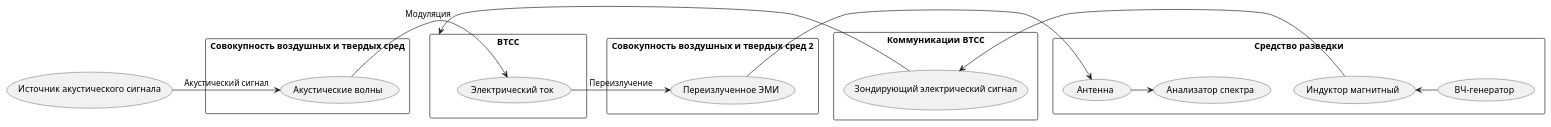
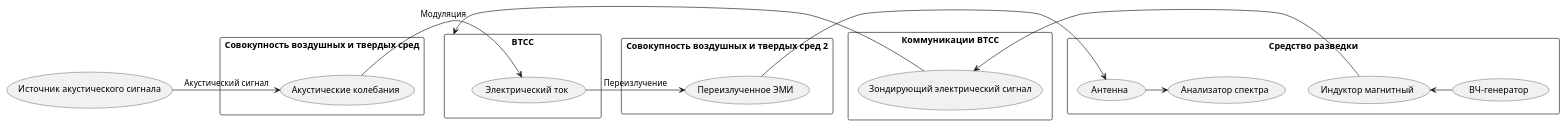
One commit to almkuznetsov/bmstu-kb changed the diagram in Заметки/ВЧП.md. Above: the diagram before and after it, drawn with PlantUML. The commit also changed 2 other files, not shown here.

Commit message:
#12 редактированы схемы каналов по названиям блоков

````diff
--- a/Заметки/ВЧП.md
+++ b/Заметки/ВЧП.md
@@ -1,30 +1,30 @@
 ```plantuml
-usecase "Источник акустического сигнала" as IAS
+usecase "Источник акустического сигнала" as Istochnik
 rectangle "Совокупность воздушных и твердых сред" {
-usecase "Акустические волны" as Volny
+usecase "Акустические колебания" as AkustKoleb
 }
-IAS -right-> (Volny) : Акустический сигнал
+Istochnik -right-> (AkustKoleb) : Акустический сигнал
 
-rectangle "ВТСС" as VTSS {
+rectangle "ВТСС" as BTCC {
 usecase "Электрический ток" as Tok
 }
-Volny -right-> Tok : Модуляция
+AkustKoleb -right-> Tok : Модуляция
 rectangle "Совокупность воздушных и твердых сред 2" {
-usecase "Переизлученное ЭМИ" as EMI
+usecase "Переизлученное ЭМИ" as Emi
 }
-Tok -right-> EMI : Переизлучение
+Tok -right-> Emi : Переизлучение
 rectangle "Коммуникации ВТСС" {
-usecase "Зондирующий электрический сигнал" as zondsignal
+usecase "Зондирующий электрический сигнал" as ZondSignal
 }
-zondsignal -left-> VTSS
+ZondSignal -left-> BTCC
 rectangle "Средство разведки" {
-usecase "Анализатор спектра" as Analizator
+usecase "Анализатор спектра" as AS
 usecase "Антенна" as Antenna
 usecase "ВЧ-генератор" as Generator
 usecase "Индуктор магнитный" as Inductor
 Generator -left-> Inductor
-Antenna -right-> Analizator
-EMI -right-> Antenna
-Inductor -left-> zondsignal
+Antenna -right-> AS
+Emi -right-> Antenna
+Inductor -left-> ZondSignal
 }
 ```
````
